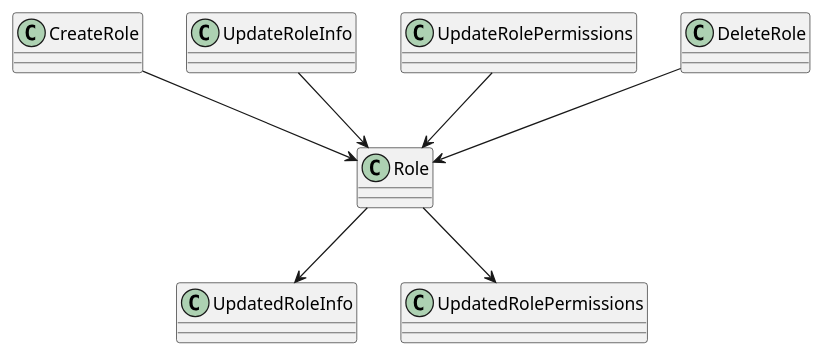
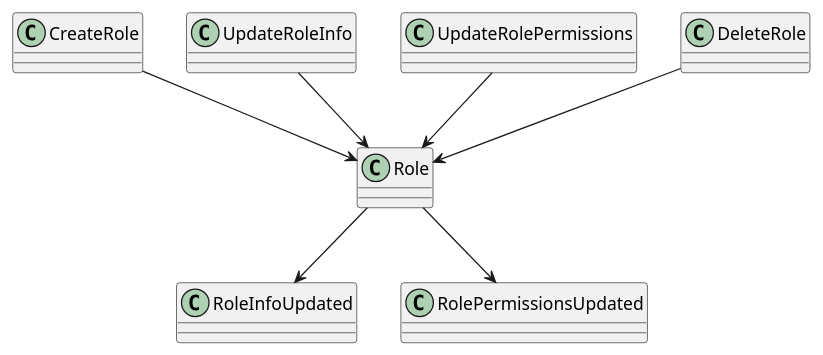
The diagram in design/domain/role/relationCDE.puml (LDmoxeii/only4-KSP-cap4j), drawn with PlantUML before and after one commit. The commit also changed 13 other files, not shown here.

```diff
--- a/design/domain/role/relationCDE.puml
+++ b/design/domain/role/relationCDE.puml
@@ -1,9 +1,9 @@
 @startuml
 CreateRole              -down-> Role
 UpdateRoleInfo          -down-> Role
 UpdateRolePermissions   -down-> Role
 DeleteRole              -down-> Role
 
-Role -down-> UpdatedRoleInfo
-Role -down-> UpdatedRolePermissions
+Role -down-> RoleInfoUpdated
+Role -down-> RolePermissionsUpdated
 @enduml
```
